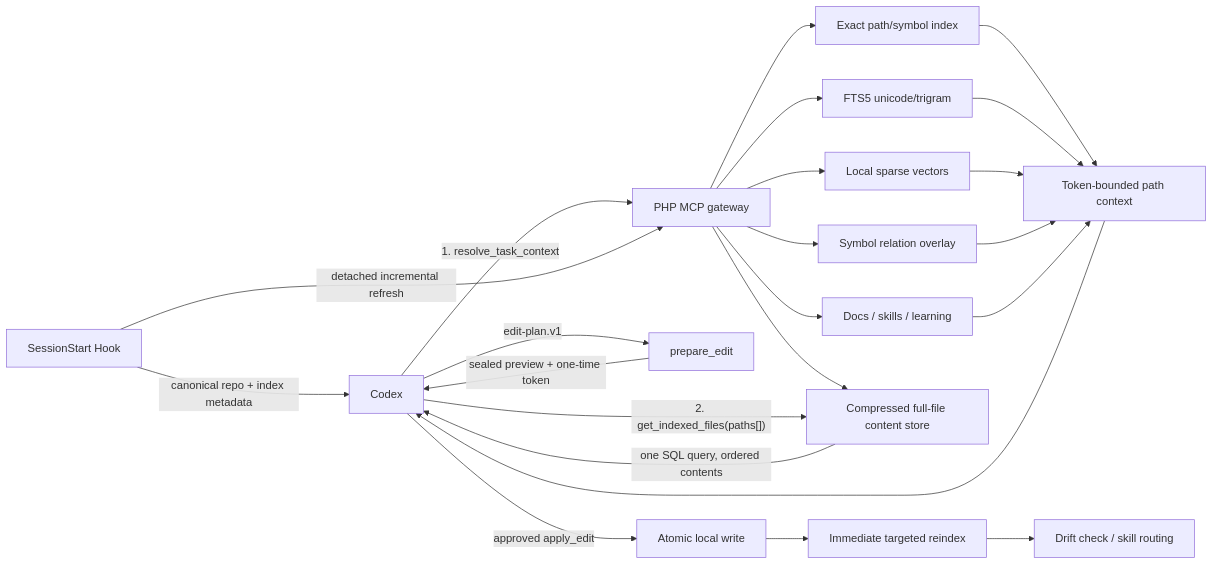
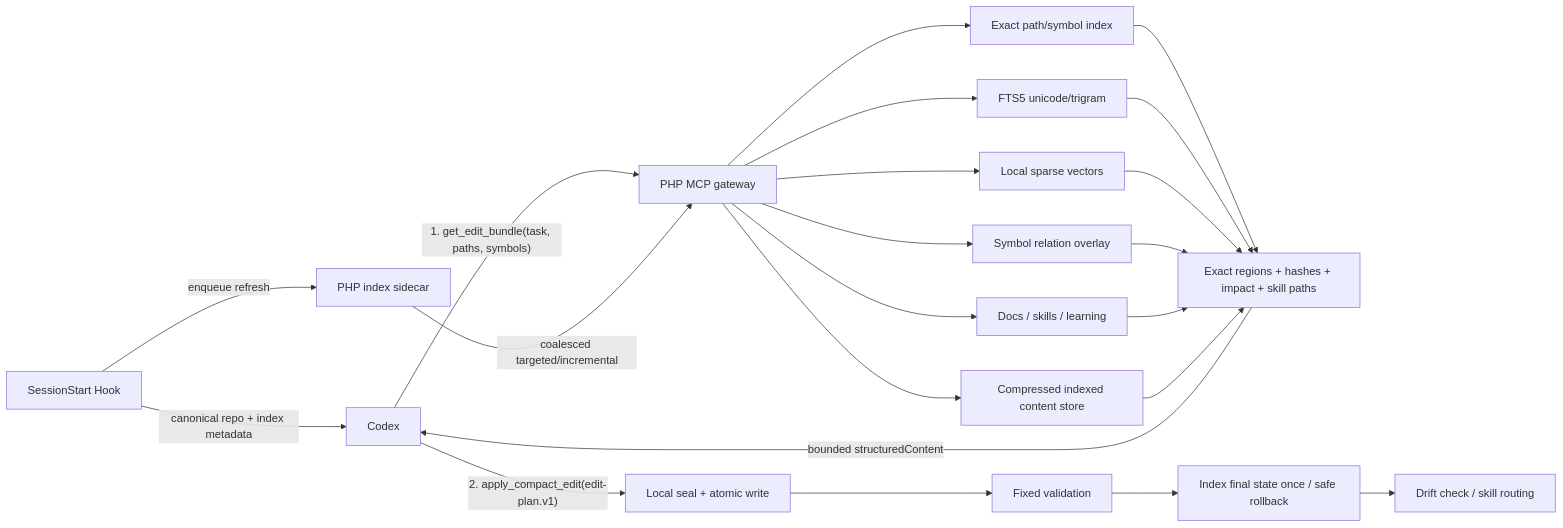
One commit to Aiweline/WelineFramework changed the diagram in dev/ai/mcp/docs/PROJECT-INTELLIGENCE.md. Above: the diagram before and after it, drawn with Mermaid. The commit also changed other lines of this file and 35 other files, not shown here.

Commit message:
feat(mcp): support configurable skill output

````diff
--- a/dev/ai/mcp/docs/PROJECT-INTELLIGENCE.md
+++ b/dev/ai/mcp/docs/PROJECT-INTELLIGENCE.md
@@ -16,21 +16,19 @@
 ```mermaid
 flowchart LR
-    C["Codex"] -->|"1. resolve_task_context"| G["PHP MCP gateway"]
+    C["Codex"] -->|"1. get_edit_bundle(task, paths, symbols)"| G["PHP MCP gateway"]
     H["SessionStart Hook"] -->|"canonical repo + index metadata"| C
-    H -->|"detached incremental refresh"| G
+    H -->|"enqueue refresh"| S["PHP index sidecar"]
+    S -->|"coalesced targeted/incremental"| G
     G --> E["Exact path/symbol index"]
     G --> F["FTS5 unicode/trigram"]
     G --> V["Local sparse vectors"]
     G --> R["Symbol relation overlay"]
     G --> K["Docs / skills / learning"]
-    G --> B["Compressed full-file content store"]
-    E & F & V & R & K --> A["Token-bounded path context"]
-    A --> C
-    C -->|"2. get_indexed_files(paths[])"| B
-    B -->|"one SQL query, ordered contents"| C
-    C -->|"edit-plan.v1"| P["prepare_edit"]
-    P -->|"sealed preview + one-time token"| C
-    C -->|"approved apply_edit"| W["Atomic local write"]
-    W --> X["Immediate targeted reindex"]
+    G --> B["Compressed indexed content store"]
+    E & F & V & R & K & B --> A["Exact regions + hashes + impact + skill paths"]
+    A -->|"bounded structuredContent"| C
+    C -->|"2. apply_compact_edit(edit-plan.v1)"| P["Local seal + atomic write"]
+    P --> W["Fixed validation"]
+    W --> X["Index final state once / safe rollback"]
     X --> D["Drift check / skill routing"]
 ```
````
